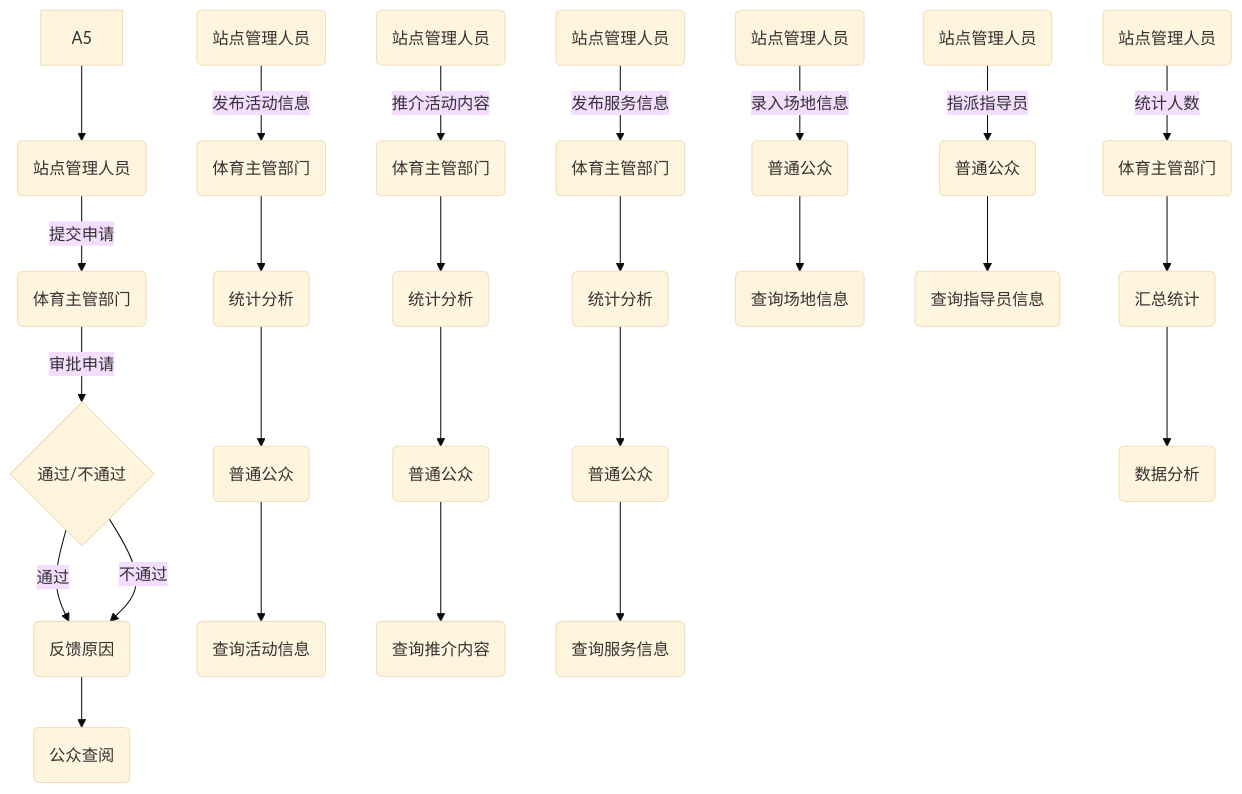
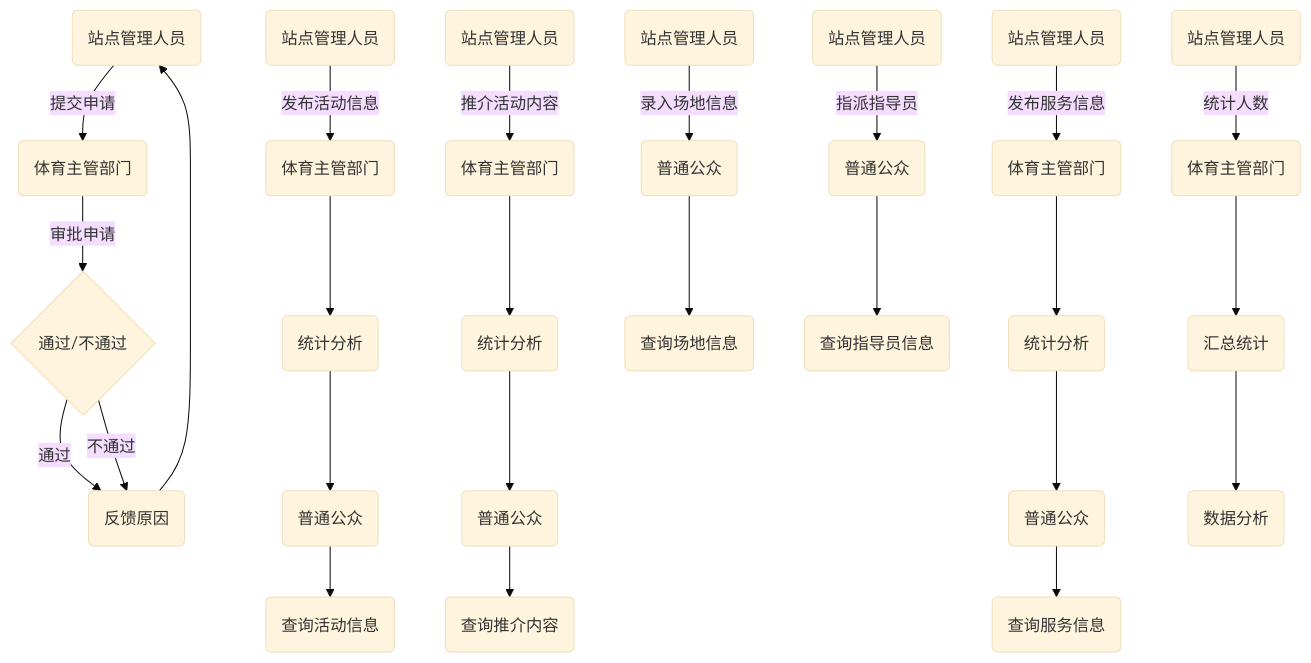
Before and after one commit to miaozjs/iodraw-files: the diagram in all/未命名-1.md, drawn with Mermaid (base theme).

Commit message:
2024-06-13 17:29:43 update

````diff
--- a/all/未命名-1.md
+++ b/all/未命名-1.md
@@ -1,35 +1,34 @@
 ```mermaid
 graph TD
     A1(站点管理人员) -->|提交申请| A2(体育主管部门)
     A2 -->|审批申请| A3{通过/不通过}
     A3 -->|通过| A4(备案)
     A3 -->|不通过| A4(反馈原因)
-    A4 --> A6(公众查阅)
-    A5 --> A1
+    A4 -->  A1
 
     B1(站点管理人员) -->|发布活动信息| B2(体育主管部门)
     B2 --> B3(统计分析)
     B3 --> B4(普通公众)
     B4 --> B5(查询活动信息)
 
     C1(站点管理人员) -->|推介活动内容| C2(体育主管部门)
     C2 --> C3(统计分析)
     C3 --> C4(普通公众)
     C4 --> C5(查询推介内容)
 
     D1(站点管理人员) -->|发布服务信息| D2(体育主管部门)
     D2 --> D3(统计分析)
     D3 --> D4(普通公众)
     D4 --> D5(查询服务信息)
 
     E1(站点管理人员) -->|录入场地信息| E4(普通公众)
     E4 --> E6(查询场地信息)
 
     F1(站点管理人员) -->|指派指导员| F4(普通公众)
     F4 --> F6(查询指导员信息)
 
     G1(站点管理人员) -->|统计人数| G2(体育主管部门)
     G2 --> G3(汇总统计)
     G3 --> G4(数据分析)
 
 ```
````
